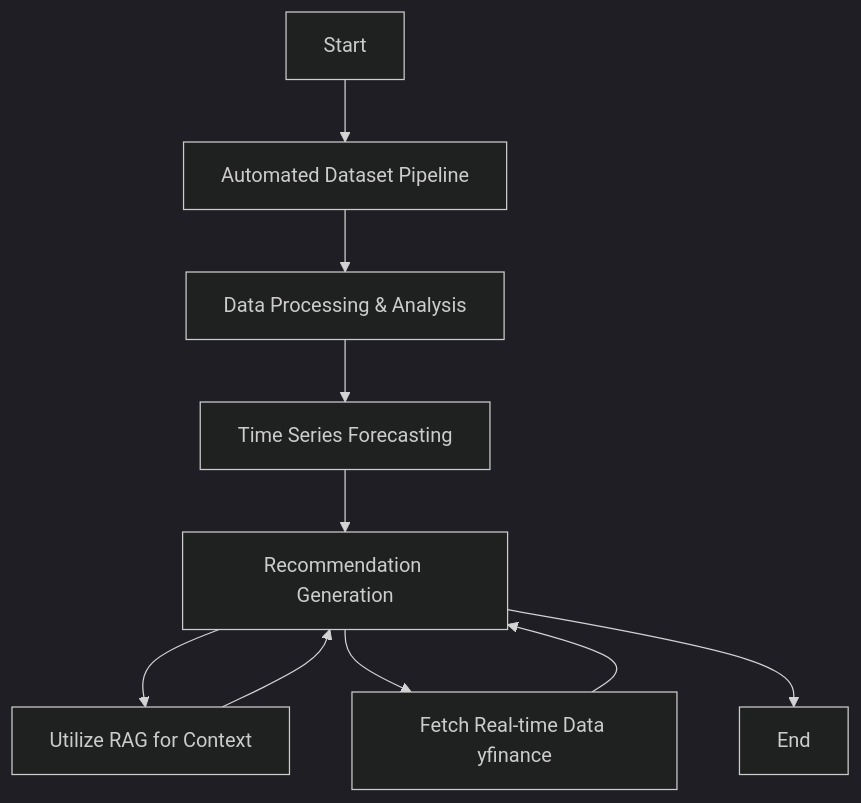
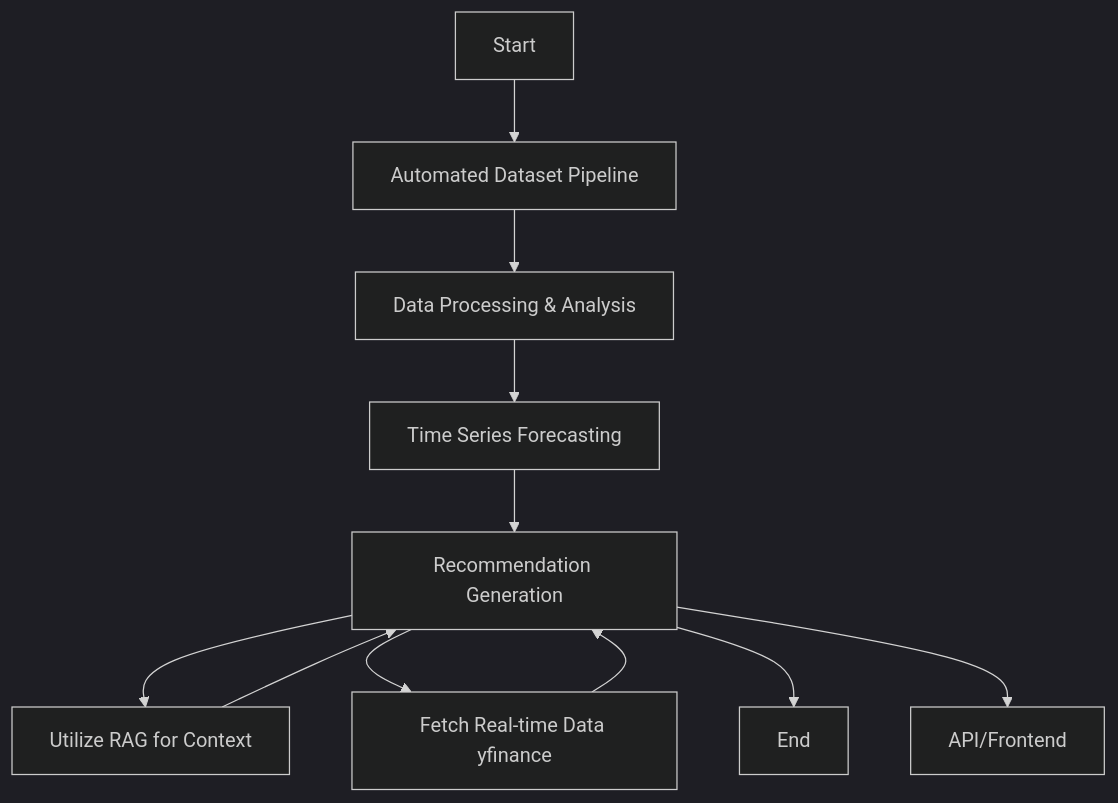
Before and after one commit to Islam29632/WSP_Grad_Project: the second of 2 diagrams in README.md, drawn with Mermaid (dark theme). The commit also changed other lines of this file, not shown here.

Commit message:
update flow charts

````diff
--- a/README.md
+++ b/README.md
@@ -32,12 +35,14 @@
 ```mermaid
 graph TD
     A[Start] --> B[Automated Dataset Pipeline];
     B --> C[Data Processing & Analysis];
     C --> D[Time Series Forecasting];
     D --> E[Recommendation Generation];
     E --> E1[Utilize RAG for Context];
     E --> E2[Fetch Real-time Data yfinance];
     E1 --> E;
     E2 --> E;
     E --> F[End];
+    G[API/Frontend];
+    E --> G;
 ```
````
